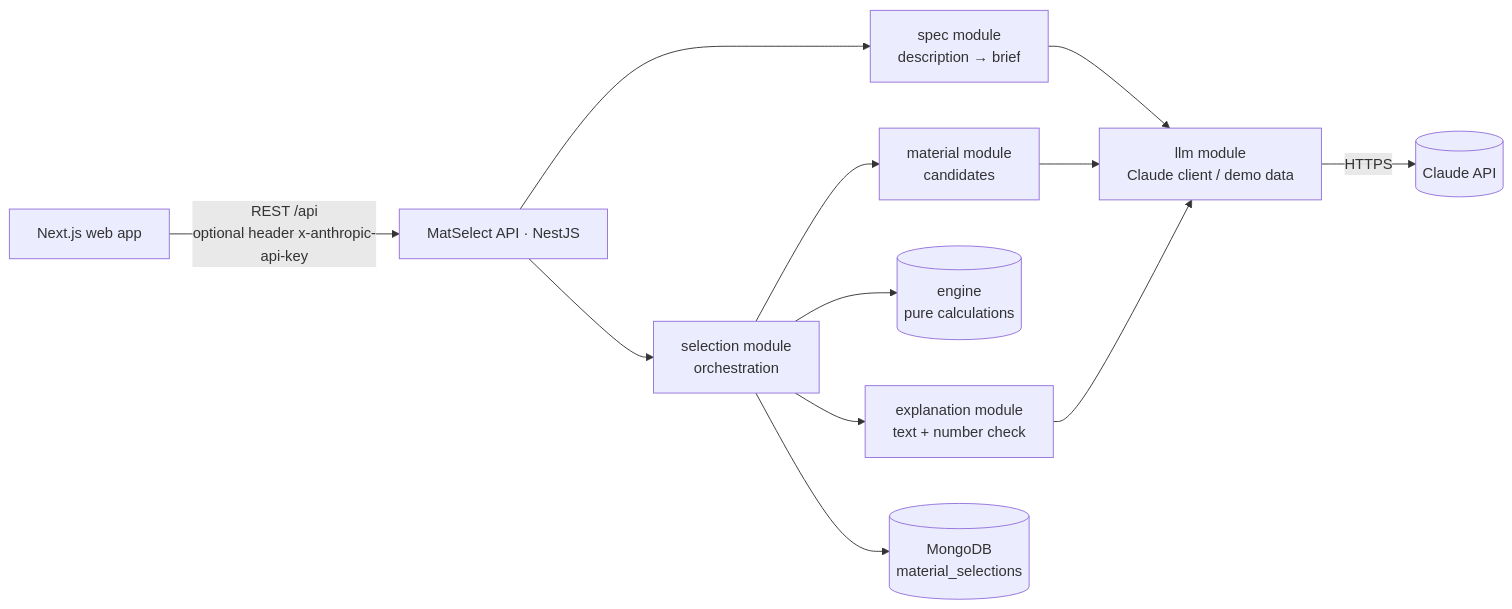
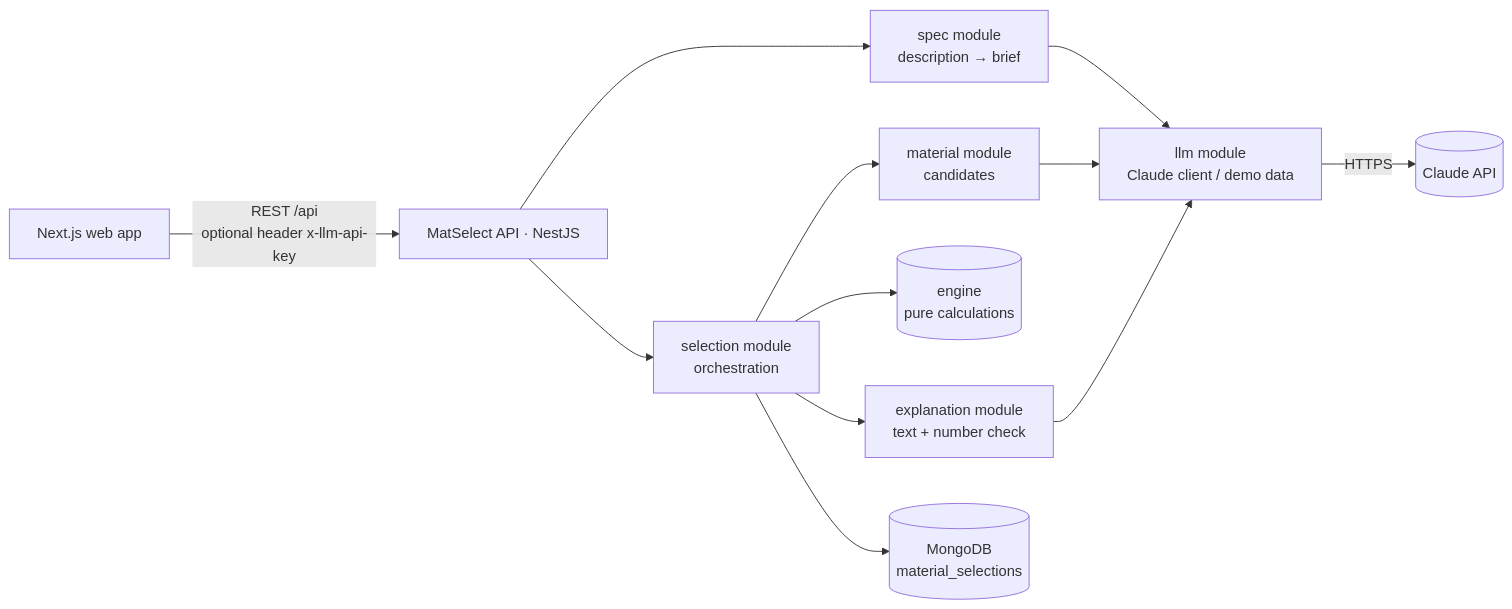
Before and after one commit to Humiditii/matSelect: the first of 2 diagrams in api/README.md, drawn with Mermaid. The commit also changed other lines of this file and 42 other files, not shown here.

````diff
--- a/api/README.md
+++ b/api/README.md
@@ -39,12 +39,12 @@
 ```mermaid
 flowchart LR
-    WEB[Next.js web app] -->|REST /api<br/>optional header x-anthropic-api-key| API[MatSelect API · NestJS]
+    WEB[Next.js web app] -->|REST /api<br/>optional header x-llm-api-key| API[MatSelect API · NestJS]
     API --> SPEC[spec module<br/>description → brief]
     API --> SEL[selection module<br/>orchestration]
     SEL --> MAT[material module<br/>candidates]
     SEL --> ENG[(engine<br/>pure calculations)]
     SEL --> EXP[explanation module<br/>text + number check]
     SPEC & MAT & EXP --> LLM[llm module<br/>Claude client / demo data]
     LLM -->|HTTPS| CLAUDE[(Claude API)]
     SEL --> DB[(MongoDB<br/>material_selections)]
 ```
````
